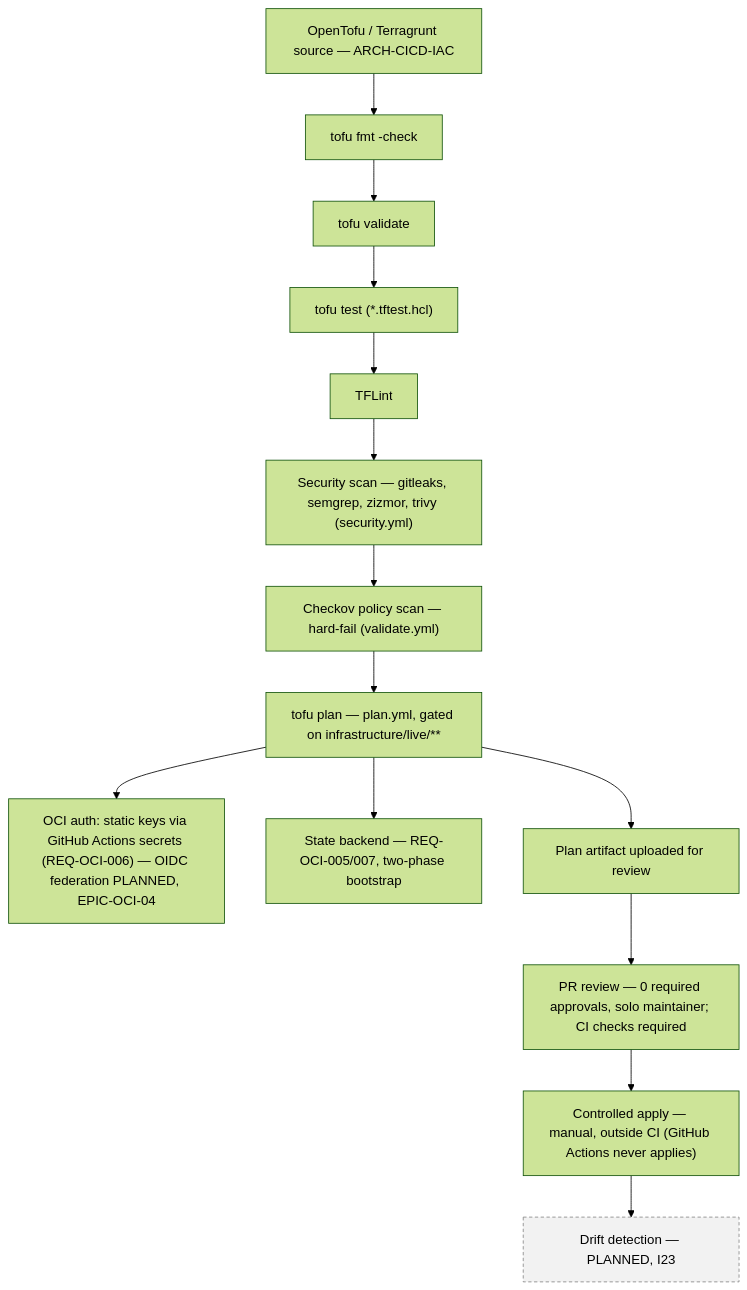
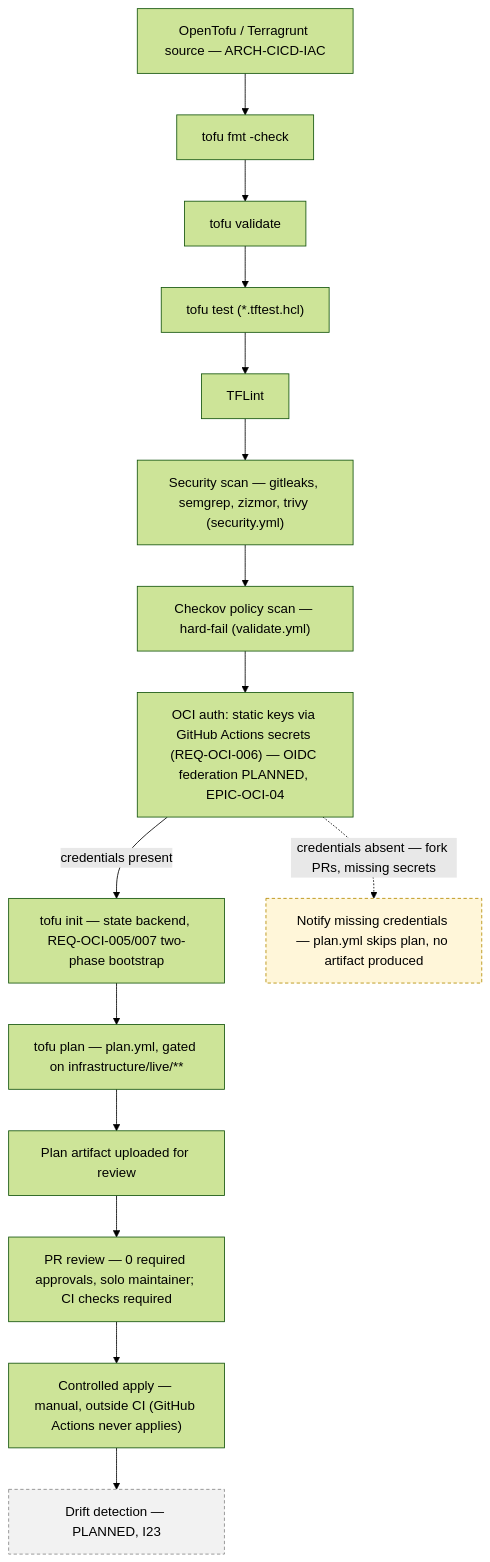
The diagram in docs/01-architecture/cicd/iac-pipeline.mmd (guillermolam/oracle-free-tier-platform), drawn with Mermaid (forest theme) before and after one commit. The commit also changed 5 other files, not shown here.

```diff
--- a/docs/01-architecture/cicd/iac-pipeline.mmd
+++ b/docs/01-architecture/cicd/iac-pipeline.mmd
@@ -1,24 +1,27 @@
 %% VIEW-CICD-IAC — L3 Infrastructure CI/CD
 %% Question: what happens to an OpenTofu/Terragrunt change from commit to
 %% applied infrastructure?
-%% Governing: .github/workflows/validate.yml, plan.yml (live),
-%% SPEC-OCI-001 REQ-OCI-005..007, ADR-0001, ADR-0007
+%% Governing: .github/workflows/validate.yml, .github/workflows/plan.yml
+%% (both live), SPEC-OCI-001 REQ-OCI-005..007, ADR-0001, ADR-0007
 %% GitHub Actions never applies — matches ADR-0005's constraint that CI
 %% only validates and plans.
 flowchart TB
   SRC["OpenTofu / Terragrunt source — ARCH-CICD-IAC"] --> FMT["tofu fmt -check"]
   FMT --> VALIDATE["tofu validate"]
   VALIDATE --> TEST["tofu test (*.tftest.hcl)"]
   TEST --> TFLINT["TFLint"]
   TFLINT --> SECSCAN["Security scan — gitleaks, semgrep, zizmor, trivy (security.yml)"]
   SECSCAN --> POLICY["Checkov policy scan — hard-fail (validate.yml)"]
-  POLICY --> PLAN["tofu plan — plan.yml, gated on infrastructure/live/**"]
-  PLAN --> AUTH["OCI auth: static keys via GitHub Actions secrets (REQ-OCI-006) — OIDC federation PLANNED, EPIC-OCI-04"]
-  PLAN --> STATEBACKEND["State backend — REQ-OCI-005/007, two-phase bootstrap"]
+  POLICY --> AUTH["OCI auth: static keys via GitHub Actions secrets (REQ-OCI-006) — OIDC federation PLANNED, EPIC-OCI-04"]
+  AUTH -->|"credentials present"| STATEBACKEND["tofu init — state backend, REQ-OCI-005/007 two-phase bootstrap"]
+  AUTH -.->|"credentials absent — fork PRs, missing secrets"| NOCREDS["Notify missing credentials — plan.yml skips plan, no artifact produced"]
+  STATEBACKEND --> PLAN["tofu plan — plan.yml, gated on infrastructure/live/**"]
   PLAN --> ARTIFACT["Plan artifact uploaded for review"]
   ARTIFACT --> REVIEW["PR review — 0 required approvals, solo maintainer; CI checks required"]
   REVIEW --> APPLY["Controlled apply — manual, outside CI (GitHub Actions never applies)"]
   APPLY --> DRIFT["Drift detection — PLANNED, I23"]
 
   classDef planned fill:#f2f2f2,stroke:#888,stroke-dasharray: 4 3;
+  classDef pending fill:#fff6d9,stroke:#b58b00,stroke-dasharray: 4 3;
   class DRIFT planned;
+  class NOCREDS pending;
```
